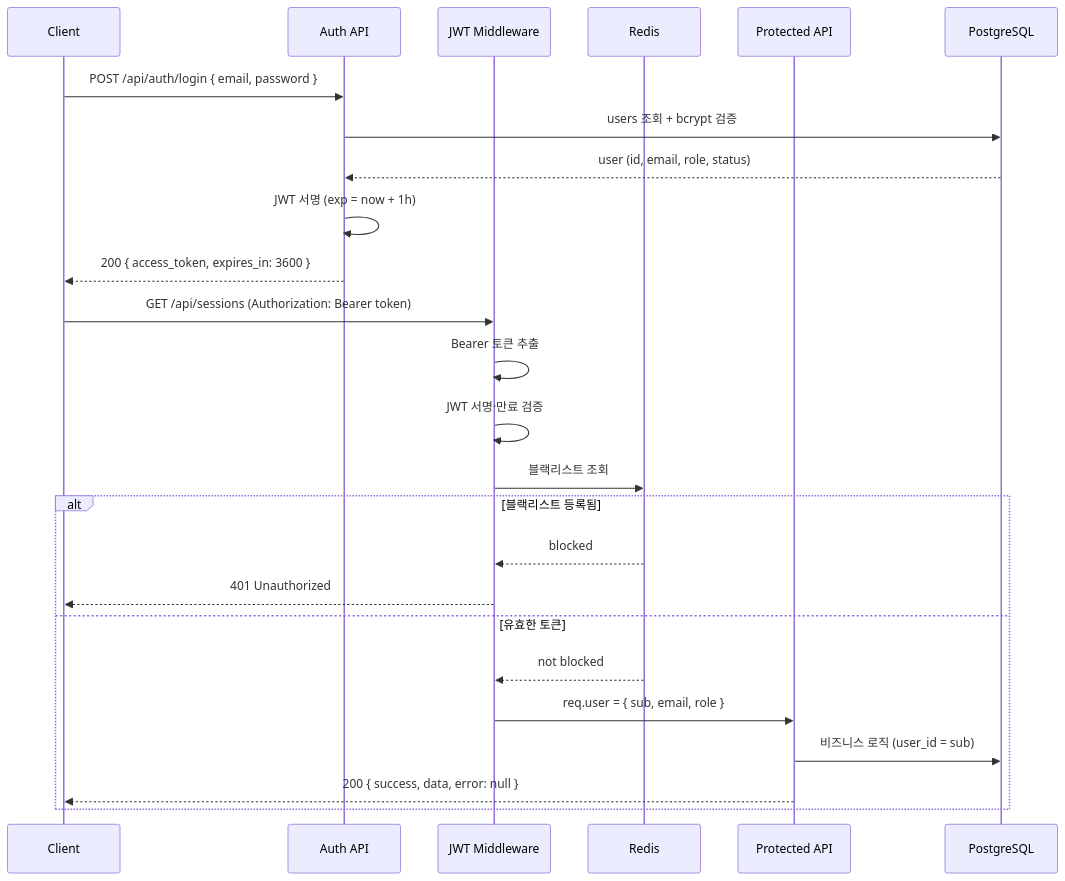
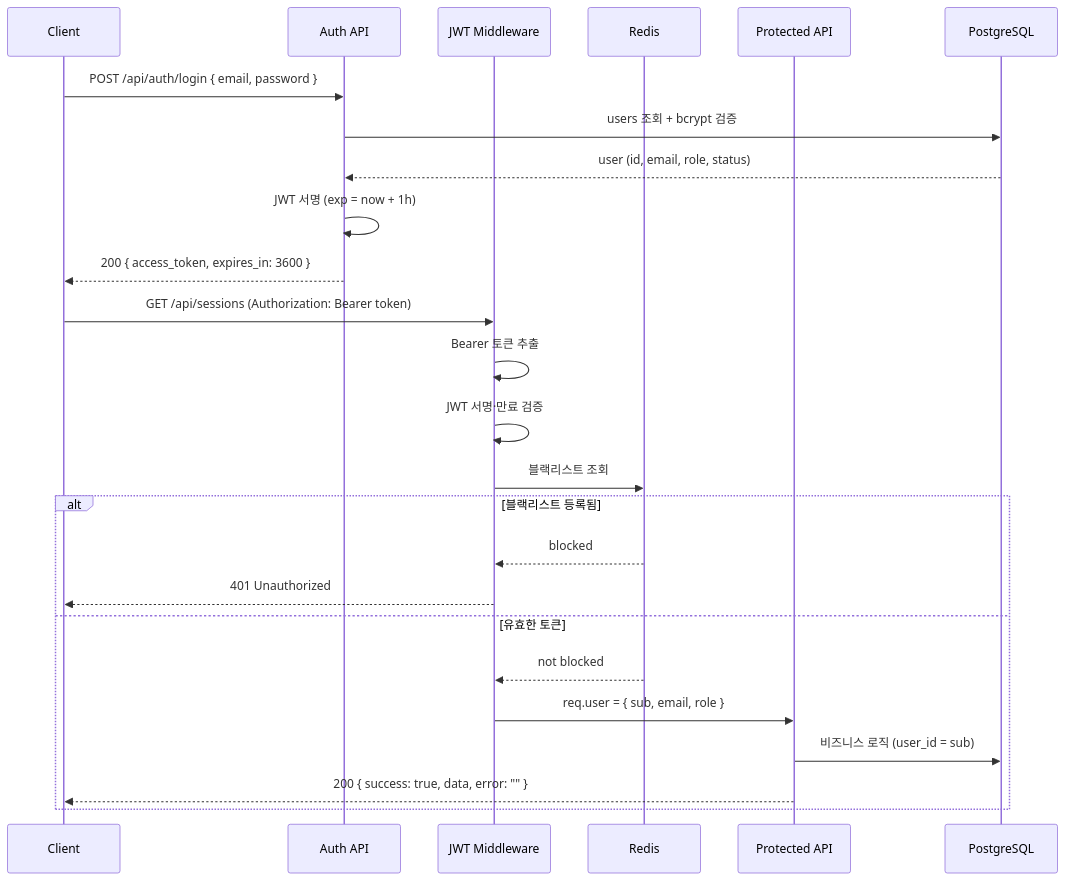
One commit to hwang-sungjo/focusLens changed the first of 4 diagrams in docs/auth-flow.md. Above: the diagram before and after it, drawn with Mermaid. The commit also changed other lines of this file and 8 other files, not shown here.

````diff
--- a/docs/auth-flow.md
+++ b/docs/auth-flow.md
@@ -60,29 +60,29 @@
 ```mermaid
 sequenceDiagram
   participant C as Client
   participant A as Auth API
   participant M as JWT Middleware
   participant R as Redis
   participant P as Protected API
   participant D as PostgreSQL
 
   C->>A: POST /api/auth/login { email, password }
   A->>D: users 조회 + bcrypt 검증
   D-->>A: user (id, email, role, status)
   A->>A: JWT 서명 (exp = now + 1h)
   A-->>C: 200 { access_token, expires_in: 3600 }
 
   C->>M: GET /api/sessions (Authorization: Bearer token)
   M->>M: Bearer 토큰 추출
   M->>M: JWT 서명·만료 검증
   M->>R: 블랙리스트 조회
   alt 블랙리스트 등록됨
     R-->>M: blocked
     M-->>C: 401 Unauthorized
   else 유효한 토큰
     R-->>M: not blocked
     M->>P: req.user = { sub, email, role }
     P->>D: 비즈니스 로직 (user_id = sub)
-    P-->>C: 200 { success, data, error: null }
+    P-->>C: 200 { success: true, data, error: "" }
   end
 ```
````
